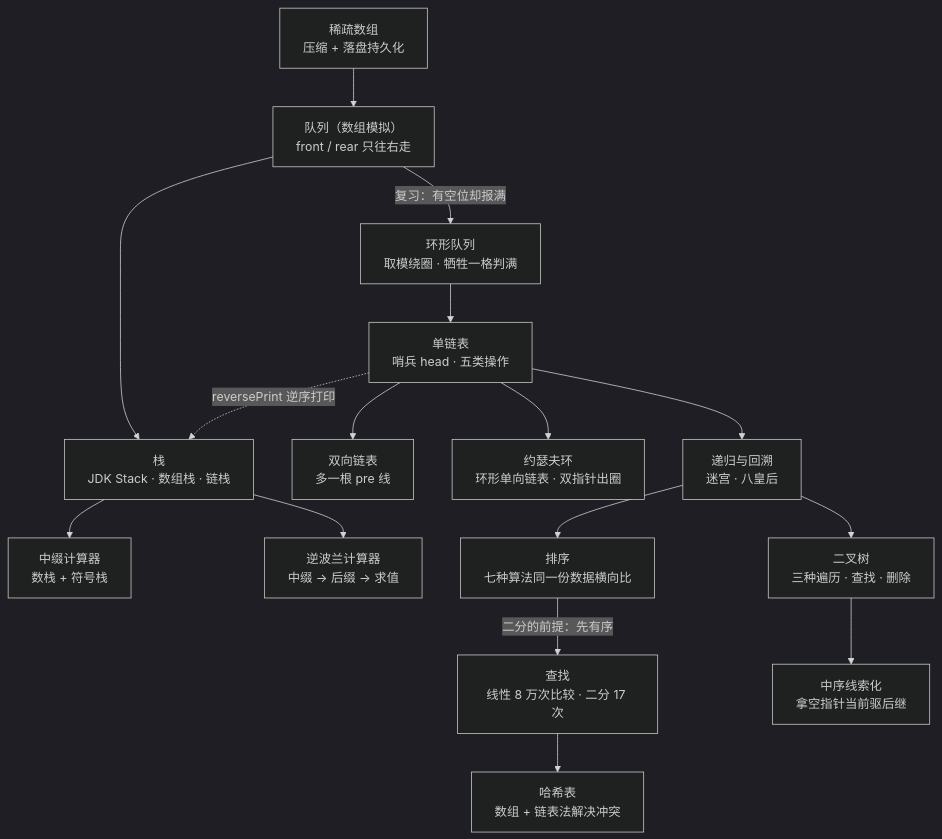
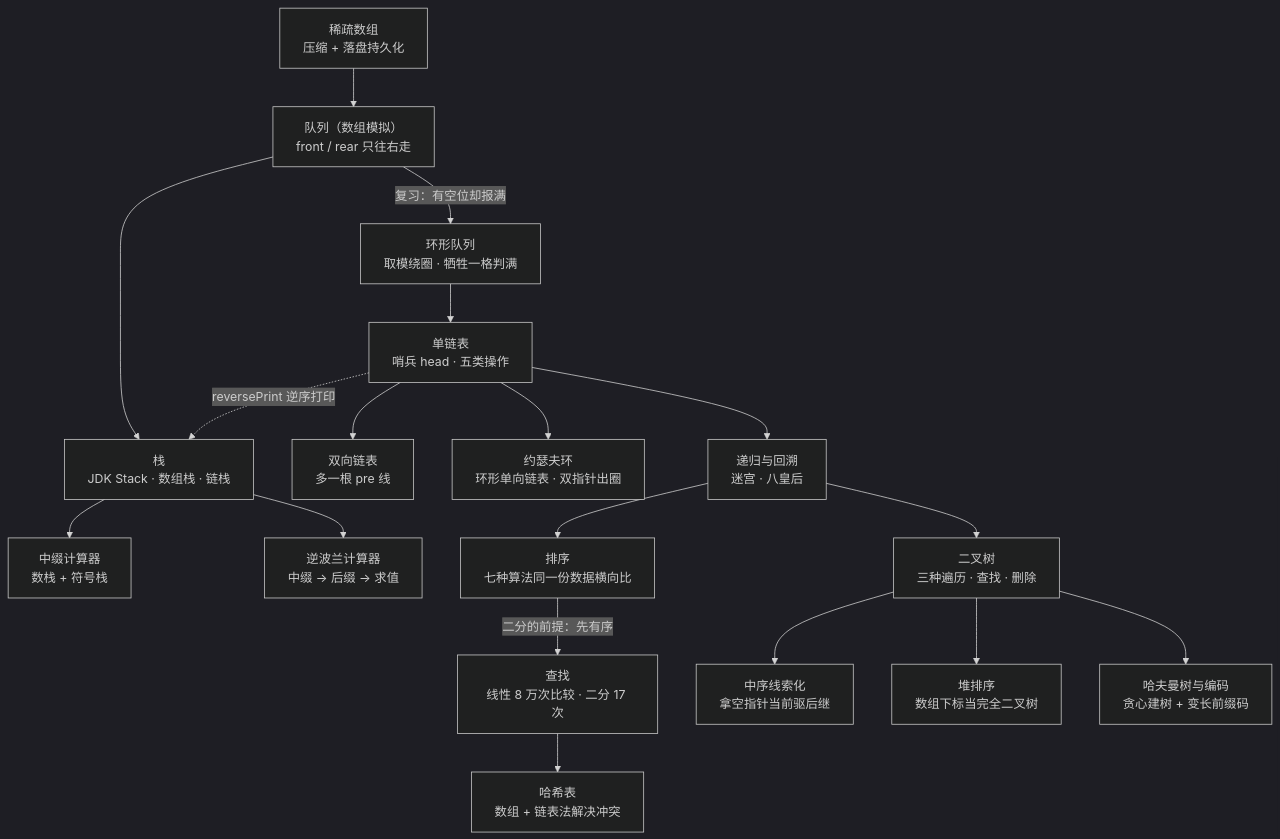
Before and after one commit to c0re-T/dataStructures: the diagram in README.md, drawn with Mermaid (dark theme). The commit also changed other lines of this file and 11 other files, not shown here.

````diff
--- a/README.md
+++ b/README.md
@@ -9,18 +9,20 @@
 ```mermaid
 flowchart TD
     A["稀疏数组<br/>压缩 + 落盘持久化"] --> B["队列（数组模拟）<br/>front / rear 只往右走"]
     B -->|"复习：有空位却报满"| C["环形队列<br/>取模绕圈 · 牺牲一格判满"]
     B --> D["栈<br/>JDK Stack · 数组栈 · 链栈"]
     D --> E["中缀计算器<br/>数栈 + 符号栈"]
     D --> F["逆波兰计算器<br/>中缀 → 后缀 → 求值"]
     C --> G["单链表<br/>哨兵 head · 五类操作"]
     G --> H["双向链表<br/>多一根 pre 线"]
     G --> I["约瑟夫环<br/>环形单向链表 · 双指针出圈"]
     G -.->|"reversePrint 逆序打印"| D
     G --> J["递归与回溯<br/>迷宫 · 八皇后"]
     J --> K["排序<br/>七种算法同一份数据横向比"]
     K -->|"二分的前提：先有序"| L["查找<br/>线性 8 万次比较 · 二分 17 次"]
     J --> M["二叉树<br/>三种遍历 · 查找 · 删除"]
     M --> N["中序线索化<br/>拿空指针当前驱后继"]
     L --> O["哈希表<br/>数组 + 链表法解决冲突"]
+    M --> P["堆排序<br/>数组下标当完全二叉树"]
+    M --> Q["哈夫曼树与编码<br/>贪心建树 + 变长前缀码"]
 ```
````
